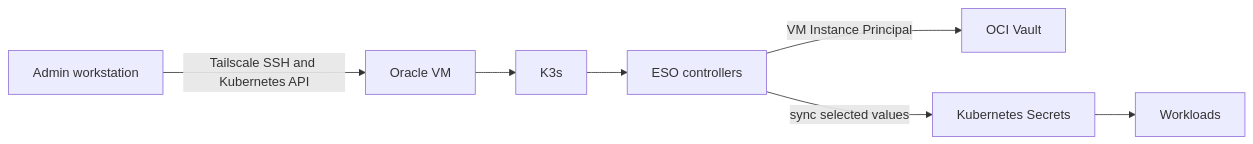
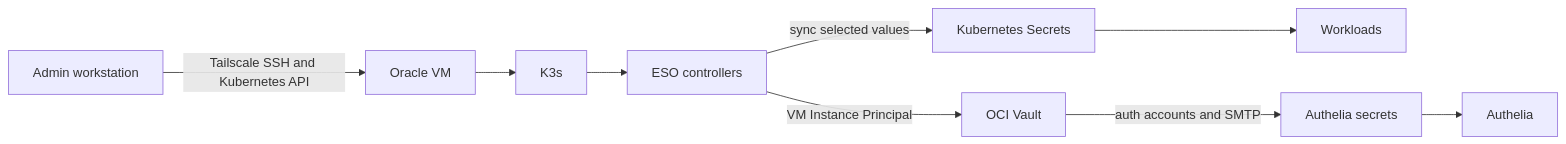
Before and after one commit to Disease-Prediction-ASET26/disease-prediction-gitops: the second of 3 diagrams in docs/architecture.md, drawn with Mermaid. The commit also changed other lines of this file and 36 other files, not shown here.

````diff
--- a/docs/architecture.md
+++ b/docs/architecture.md
@@ -24,9 +24,11 @@
 ```mermaid
 flowchart LR
   admin[Admin workstation] -->|Tailscale SSH and Kubernetes API| vm[Oracle VM]
   vm --> k3s[K3s]
   k3s --> eso[ESO controllers]
   eso -->|VM Instance Principal| vault[OCI Vault]
   eso -->|sync selected values| secrets[Kubernetes Secrets]
   secrets --> pods[Workloads]
+  vault -->|auth accounts and SMTP| authSecrets[Authelia secrets]
+  authSecrets --> authelia[Authelia]
 ```
````
